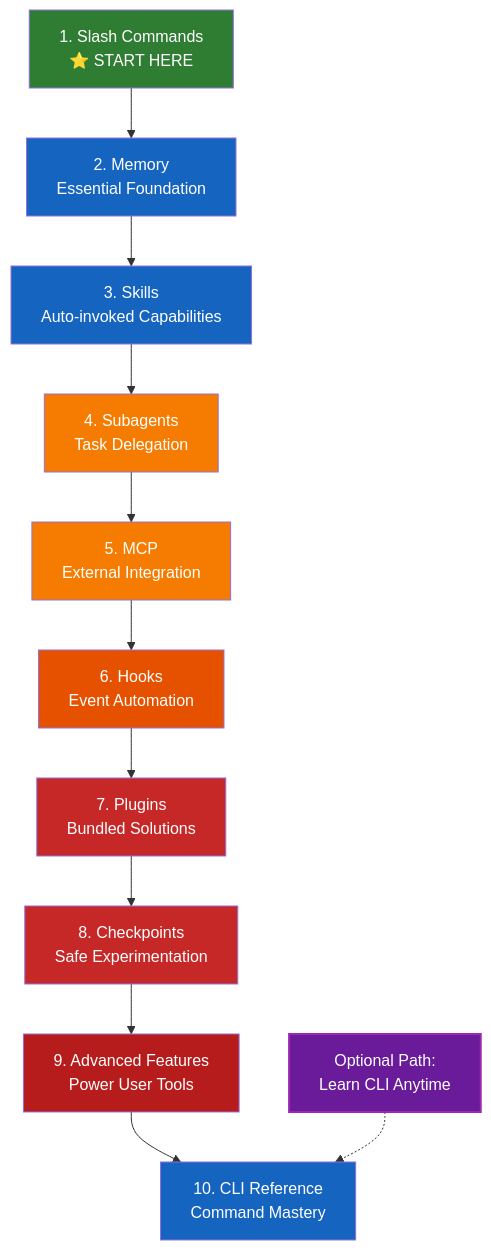
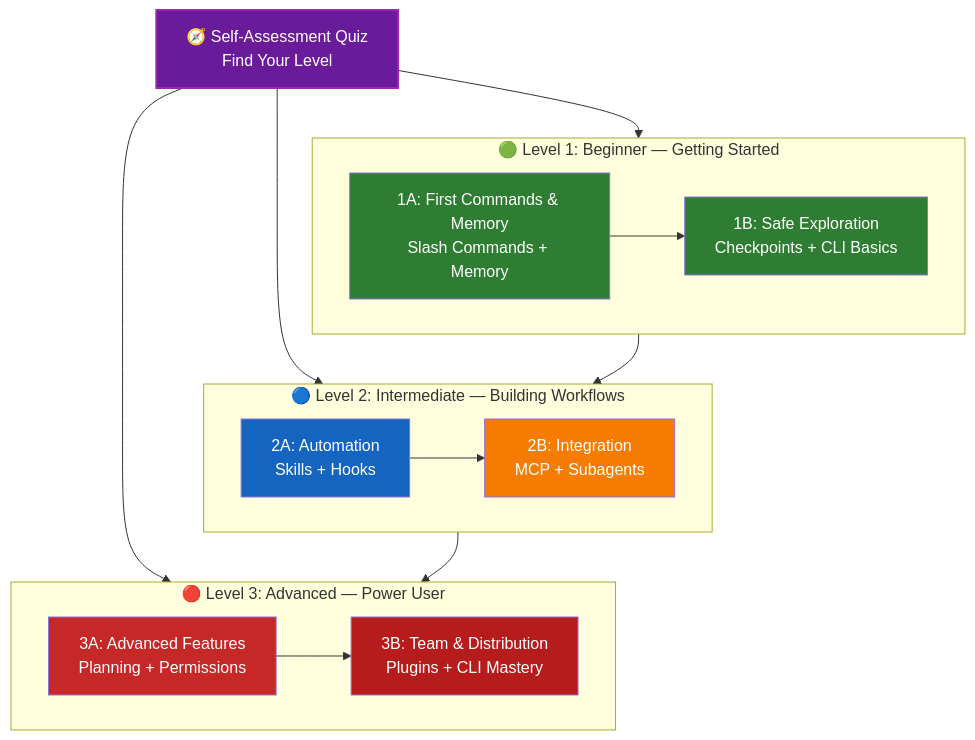
The diagram in LEARNING-ROADMAP.md (omnimasudo/croft-howto), drawn with Mermaid before and after one commit. The commit also changed other lines of this file and 7 other files, not shown here.

First line of the commit message:
feat: Add adaptive learning path with self-assessment and lesson quiz skills

````diff
--- a/LEARNING-ROADMAP.md
+++ b/LEARNING-ROADMAP.md
@@ -26,27 +53,32 @@
 ```mermaid
 graph TD
-    A[1. Slash Commands<br/>⭐ START HERE] --> B[2. Memory<br/>Essential Foundation]
-    B --> C[3. Skills<br/>Auto-invoked Capabilities]
-    C --> D[4. Subagents<br/>Task Delegation]
-    D --> E[5. MCP<br/>External Integration]
-    E --> F[6. Hooks<br/>Event Automation]
-    F --> G[7. Plugins<br/>Bundled Solutions]
-    G --> H[8. Checkpoints<br/>Safe Experimentation]
-    H --> I[9. Advanced Features<br/>Power User Tools]
-    I --> J[10. CLI Reference<br/>Command Mastery]
+    Q["🧭 Self-Assessment Quiz<br/>Find Your Level"] --> L1
+    Q --> L2
+    Q --> L3
 
-    K[Optional Path:<br/>Learn CLI Anytime]
-    K -.-> J
+    subgraph L1["🟢 Level 1: Beginner — Getting Started"]
+        direction LR
+        A["1A: First Commands & Memory<br/>Slash Commands + Memory"] --> B["1B: Safe Exploration<br/>Checkpoints + CLI Basics"]
+    end
 
+    subgraph L2["🔵 Level 2: Intermediate — Building Workflows"]
+        direction LR
+        C["2A: Automation<br/>Skills + Hooks"] --> D["2B: Integration<br/>MCP + Subagents"]
+    end
+
+    subgraph L3["🔴 Level 3: Advanced — Power User"]
+        direction LR
+        E["3A: Advanced Features<br/>Planning + Permissions"] --> F["3B: Team & Distribution<br/>Plugins + CLI Mastery"]
+    end
+
+    L1 --> L2
+    L2 --> L3
+
+    style Q fill:#6A1B9A,color:#fff,stroke:#9C27B0,stroke-width:2px
     style A fill:#2E7D32,color:#fff
-    style B fill:#1565C0,color:#fff
+    style B fill:#2E7D32,color:#fff
     style C fill:#1565C0,color:#fff
     style D fill:#F57C00,color:#fff
-    style E fill:#F57C00,color:#fff
-    style F fill:#E65100,color:#fff
-    style G fill:#C62828,color:#fff
-    style H fill:#C62828,color:#fff
-    style I fill:#B71C1C,color:#fff
-    style J fill:#1565C0,color:#fff
-    style K fill:#6A1B9A,color:#fff,stroke:#9C27B0,stroke-width:2px
+    style E fill:#C62828,color:#fff
+    style F fill:#B71C1C,color:#fff
 ```
````
